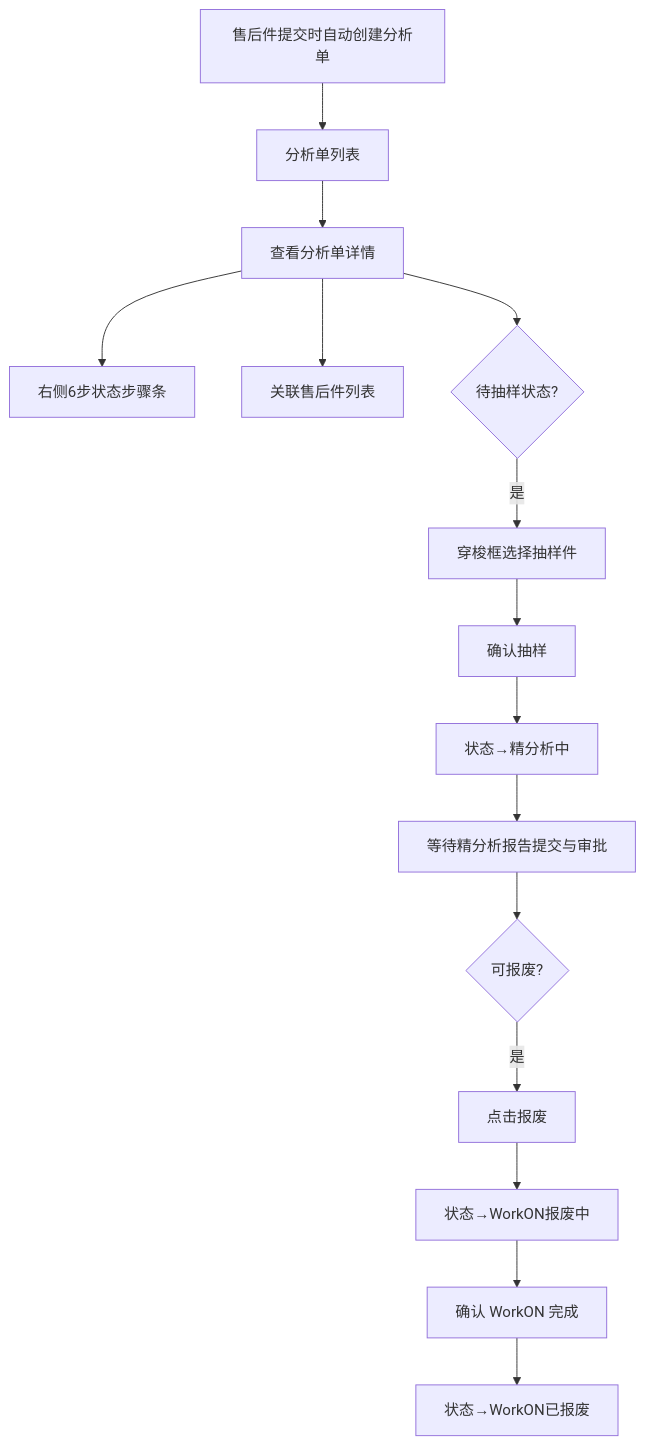
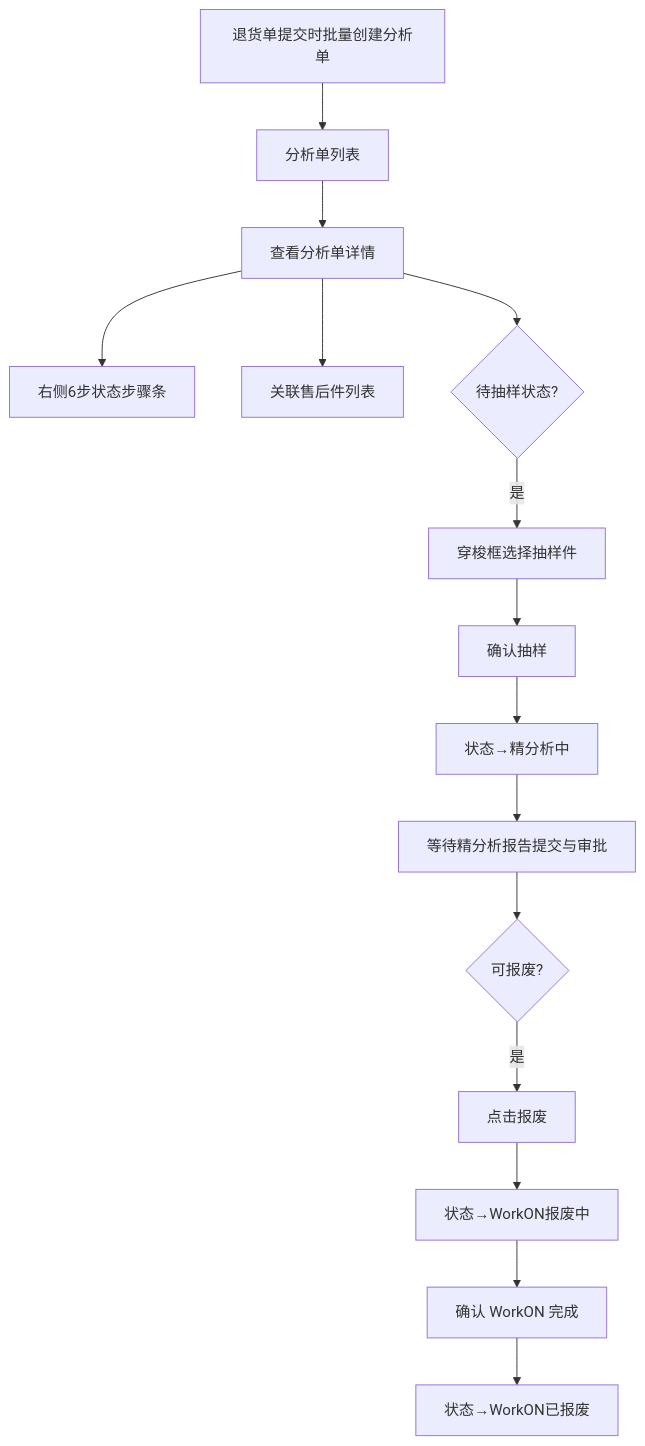
The eighth of 16 diagrams in 01-设计文档/开发设计文档.md (xvfeiran/wfam-doc), drawn with Mermaid before and after one commit. The commit also changed other lines of this file, not shown here.

````diff
--- a/01-设计文档/开发设计文档.md
+++ b/01-设计文档/开发设计文档.md
@@ -611,17 +614,17 @@
 ```mermaid
 flowchart TD
-    Auto[售后件提交时自动创建分析单] --> List[分析单列表]
+    Auto[退货单提交时批量创建分析单] --> List[分析单列表]
     List --> Detail[查看分析单详情]
     Detail --> StepBar[右侧6步状态步骤条]
     Detail --> PartList[关联售后件列表]
     Detail --> Sampling{待抽样状态?}
     Sampling -->|是| Transfer[穿梭框选择抽样件]
     Transfer --> Confirm[确认抽样]
     Confirm --> StatusDA[状态→精分析中]
     StatusDA --> WaitReport[等待精分析报告提交与审批]
     WaitReport --> Scrap{可报废?}
     Scrap -->|是| ScrapBtn[点击报废]
     ScrapBtn --> WorkON[状态→WorkON报废中]
     WorkON --> WorkONConfirm[确认 WorkON 完成]
     WorkONConfirm --> Done[状态→WorkON已报废]
 ```
````
